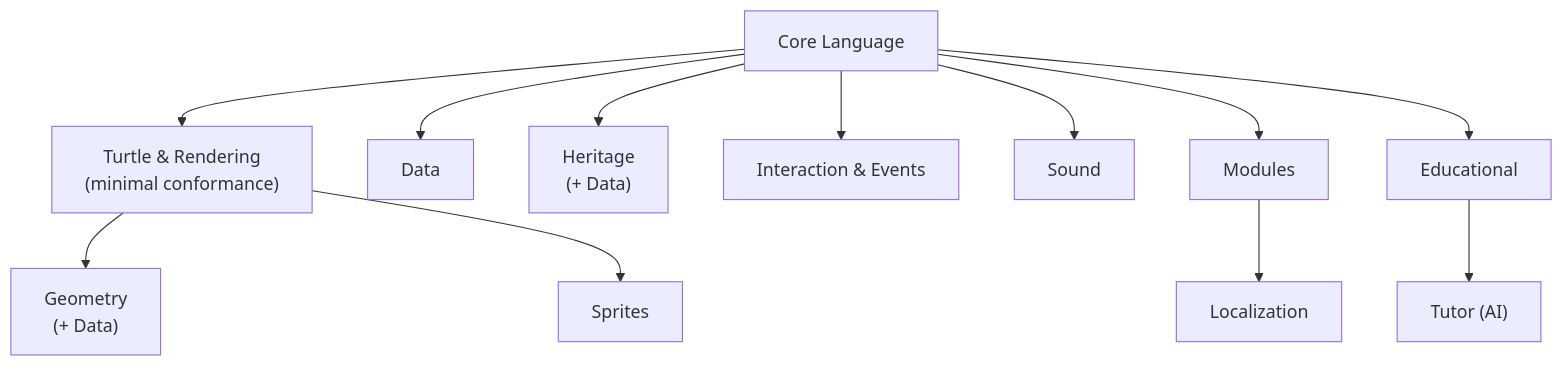
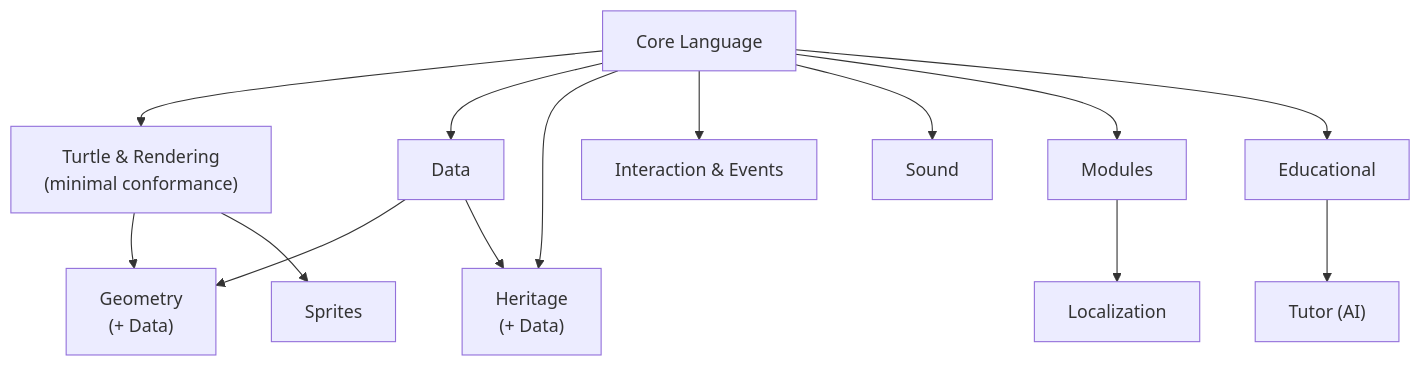
The first of 4 diagrams in papers/arxiv-multilayer-orchestration.md (pmalarme/open-logo), drawn with Mermaid before and after one commit. The commit also changed other lines of this file and 1 other file, not shown here.

````diff
--- a/papers/arxiv-multilayer-orchestration.md
+++ b/papers/arxiv-multilayer-orchestration.md
@@ -227,14 +228,16 @@
 ```mermaid
 flowchart TD
   CL["Core Language"] --> TR["Turtle &amp; Rendering<br/>(minimal conformance)"]
   CL --> DATA["Data"]
   CL --> HER["Heritage<br/>(+ Data)"]
   CL --> IE["Interaction &amp; Events"]
   CL --> SND["Sound"]
   CL --> MOD["Modules"]
   CL --> EDU["Educational"]
   TR --> GEO["Geometry<br/>(+ Data)"]
   TR --> SPR["Sprites"]
   MOD --> LOC["Localization"]
   EDU --> TUT["Tutor (AI)"]
+  DATA --> GEO
+  DATA --> HER
 ```
````
